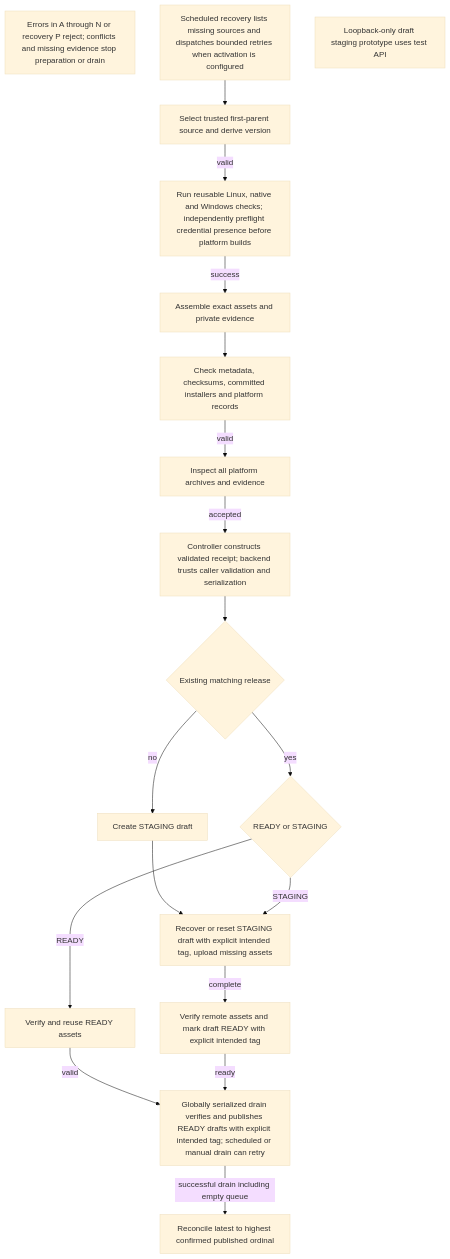
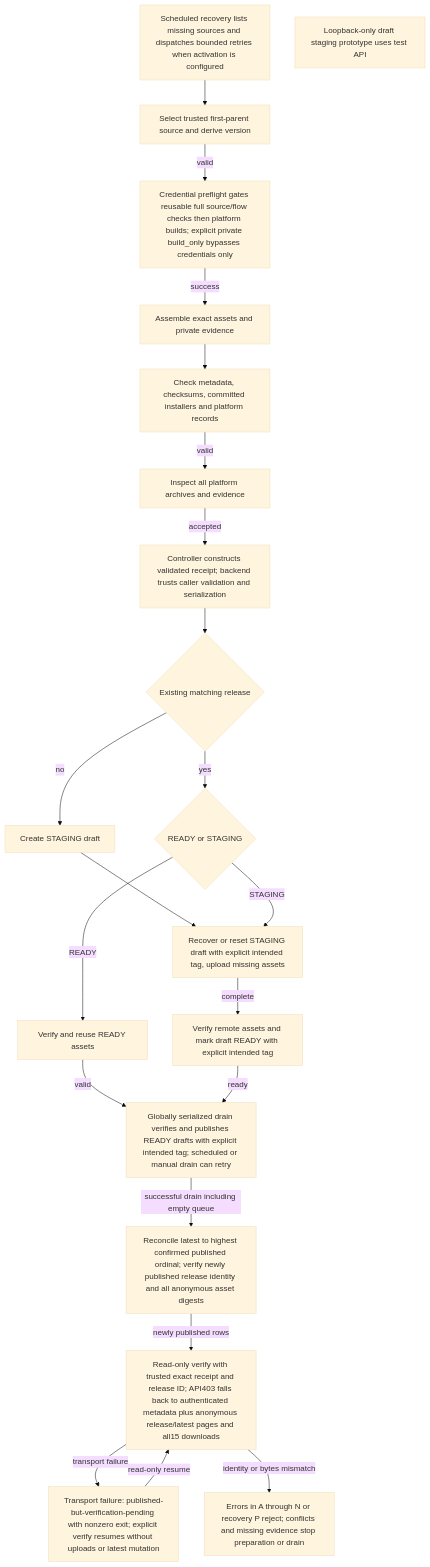
Before and after one commit to KarlSideProjects/hwmonitor-mqtt: the diagram in docs/flows/sender.release-orchestration.mmd, drawn with Mermaid (base theme). The commit also changed 18 other files, not shown here.

Commit message:
fix: resume public verification without republishing artifacts

```diff
--- a/docs/flows/sender.release-orchestration.mmd
+++ b/docs/flows/sender.release-orchestration.mmd
@@ -1,34 +1,40 @@
 flowchart TD
     A["Select trusted first-parent source and derive version"]
-    B["Run reusable Linux, native and Windows checks; independently preflight credential presence before platform builds"]
+    B["Credential preflight gates reusable full source/flow checks then platform builds; explicit private build_only bypasses credentials only"]
     C["Assemble exact assets and private evidence"]
     D["Check metadata, checksums, committed installers and platform records"]
     E["Inspect all platform archives and evidence"]
     F["Controller constructs validated receipt; backend trusts caller validation and serialization"]
     G{"Existing matching release"}
     H["Create STAGING draft"]
     I{"READY or STAGING"}
     J["Verify and reuse READY assets"]
     K["Recover or reset STAGING draft with explicit intended tag, upload missing assets"]
     L["Verify remote assets and mark draft READY with explicit intended tag"]
     M["Globally serialized drain verifies and publishes READY drafts with explicit intended tag; scheduled or manual drain can retry"]
-    N["Reconcile latest to highest confirmed published ordinal"]
+    N["Reconcile latest to highest confirmed published ordinal; verify newly published release identity and all anonymous asset digests"]
     O["Errors in A through N or recovery P reject; conflicts and missing evidence stop preparation or drain"]
     P["Scheduled recovery lists missing sources and dispatches bounded retries when activation is configured"]
     Q["Loopback-only draft staging prototype uses test API"]
     A -->|valid| B
     B -->|success| C
     C --> D
     D -->|valid| E
     E -->|accepted| F
     F --> G
     G -->|no| H
     G -->|yes| I
     H --> K
     I -->|READY| J
     I -->|STAGING| K
     J -->|valid| M
     K -->|complete| L
     L -->|ready| M
     M -->|successful drain including empty queue| N
+    R["Read-only verify with trusted exact receipt and release ID; API403 falls back to authenticated metadata plus anonymous release/latest pages and all15 downloads"]
+    S["Transport failure: published-but-verification-pending with nonzero exit; explicit verify resumes without uploads or latest mutation"]
+    N -->|newly published rows| R
+    R -->|transport failure| S
+    R -->|identity or bytes mismatch| O
+    S -->|read-only resume| R
     P --> A
```
